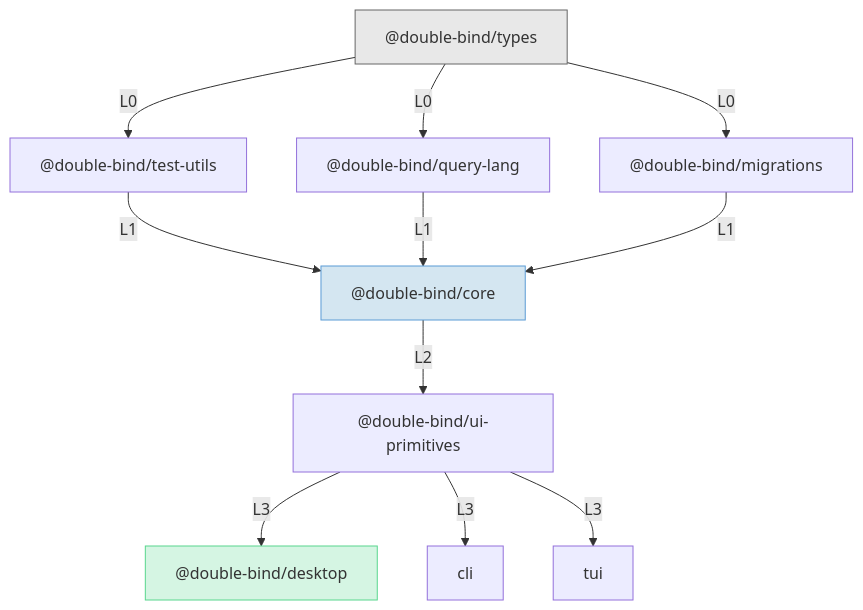
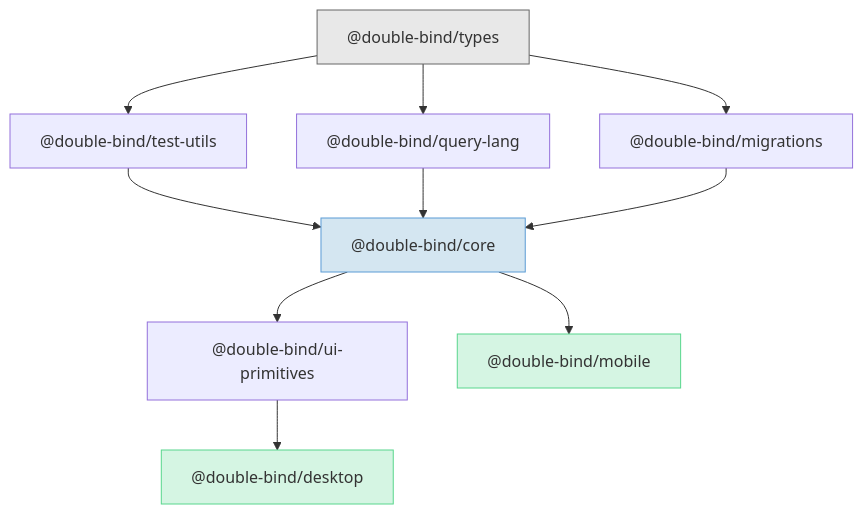
The diagram in README.md (julianken/double-bind), drawn with Mermaid before and after one commit. The commit also changed other lines of this file, not shown here.

````diff
--- a/README.md
+++ b/README.md
@@ -64,27 +73,26 @@
 ```mermaid
 graph TD
     types["@double-bind/types"]
     test-utils["@double-bind/test-utils"]
     query-lang["@double-bind/query-lang"]
     migrations["@double-bind/migrations"]
     core["@double-bind/core"]
     ui-primitives["@double-bind/ui-primitives"]
     desktop["@double-bind/desktop"]
-    cli["cli"]
-    tui["tui"]
+    mobile["@double-bind/mobile"]
 
-    types -->|L0| test-utils
-    types -->|L0| query-lang
-    types -->|L0| migrations
-    test-utils -->|L1| core
-    query-lang -->|L1| core
-    migrations -->|L1| core
-    core -->|L2| ui-primitives
-    ui-primitives -->|L3| desktop
-    ui-primitives -->|L3| cli
-    ui-primitives -->|L3| tui
+    types --> test-utils
+    types --> query-lang
+    types --> migrations
+    test-utils --> core
+    query-lang --> core
+    migrations --> core
+    core --> ui-primitives
+    ui-primitives --> desktop
+    core --> mobile
 
     style types fill:#e8e8e8,stroke:#666
     style core fill:#d4e6f1,stroke:#5b9bd5
     style desktop fill:#d5f5e3,stroke:#58d68d
+    style mobile fill:#d5f5e3,stroke:#58d68d
 ```
````
